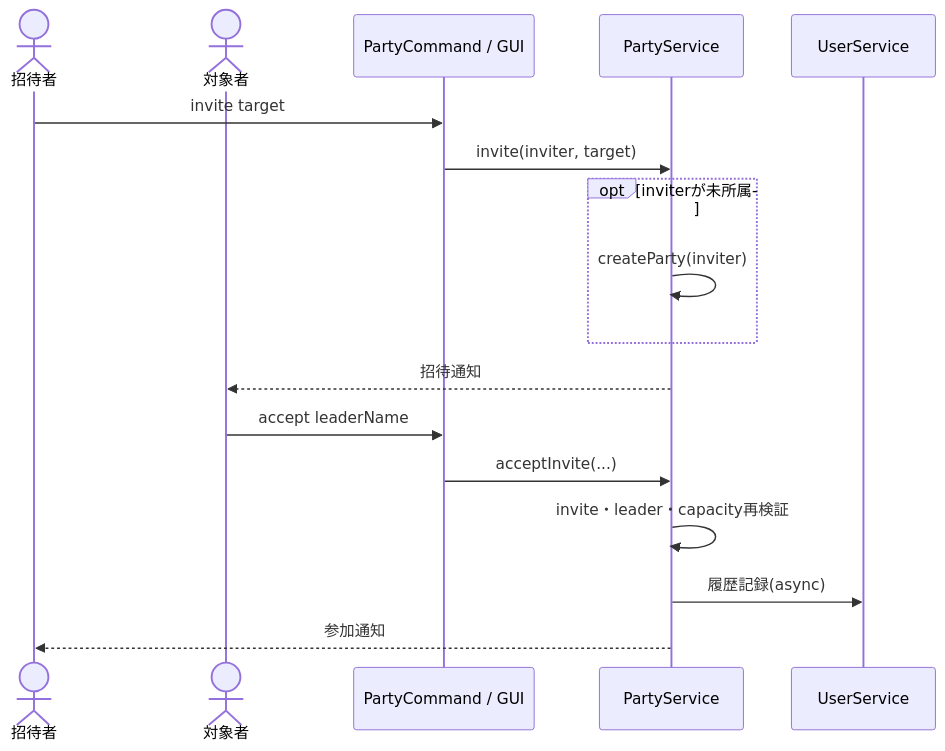
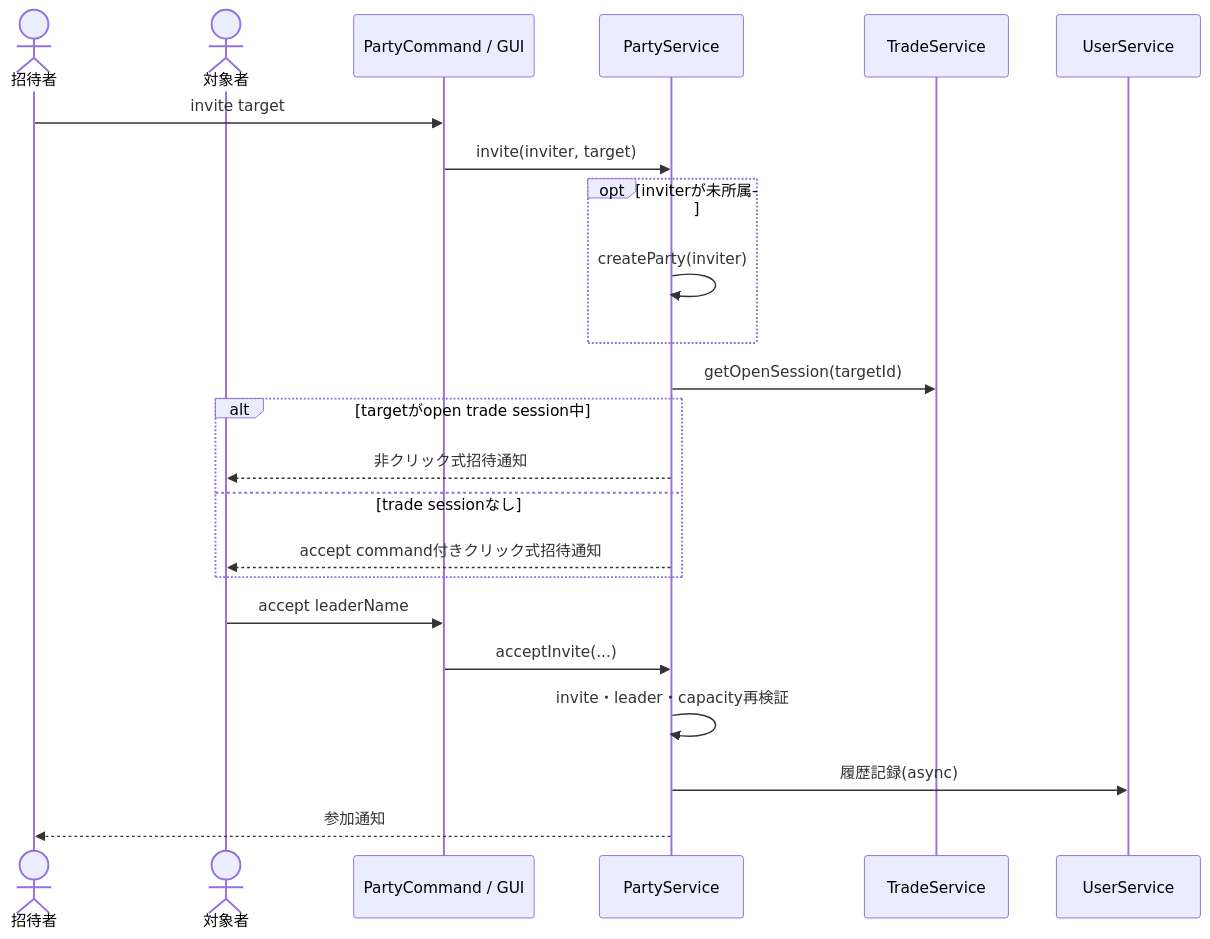
The first of 4 diagrams in 00_docs/10_Plugin設計書/feature/19-party/19_4-統合フロー.md (maaasu/AstralRecord-Workspace), drawn with Mermaid before and after one commit. The commit also changed other lines of this file and 10 other files, not shown here.

````diff
--- a/00_docs/10_Plugin設計書/feature/19-party/19_4-統合フロー.md
+++ b/00_docs/10_Plugin設計書/feature/19-party/19_4-統合フロー.md
@@ -7,19 +7,25 @@
 ```mermaid
 sequenceDiagram
     actor Leader as 招待者
     actor Target as 対象者
     participant Command as PartyCommand / GUI
     participant Party as PartyService
+    participant Trade as TradeService
     participant User as UserService
     Leader->>Command: invite target
     Command->>Party: invite(inviter, target)
     opt inviterが未所属
         Party->>Party: createParty(inviter)
     end
-    Party-->>Target: 招待通知
+    Party->>Trade: getOpenSession(targetId)
+    alt targetがopen trade session中
+        Party-->>Target: 非クリック式招待通知
+    else trade sessionなし
+        Party-->>Target: accept command付きクリック式招待通知
+    end
     Target->>Command: accept leaderName
     Command->>Party: acceptInvite(...)
     Party->>Party: invite・leader・capacity再検証
     Party->>User: 履歴記録(async)
     Party-->>Leader: 参加通知
 ```
````
